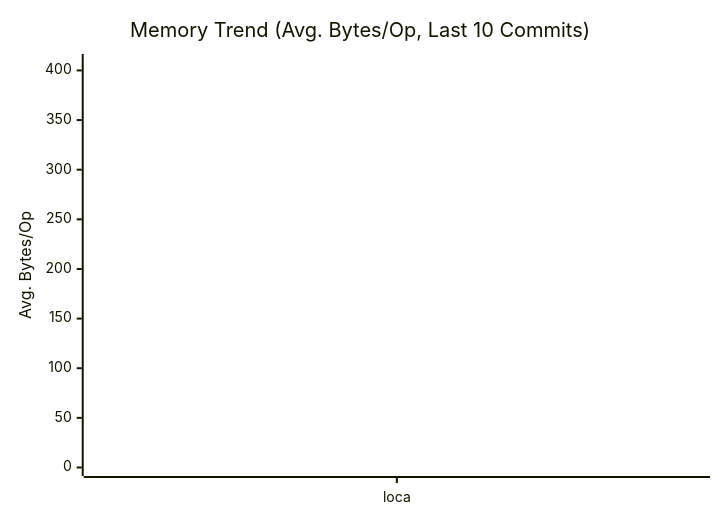
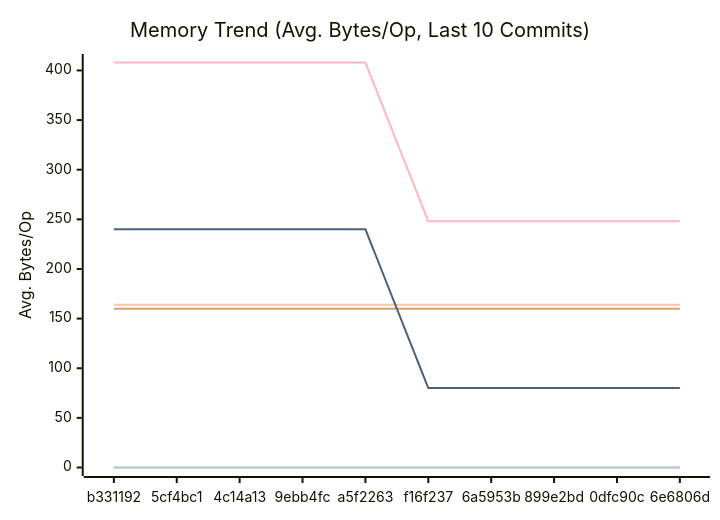
One commit to alsotoes/momo changed the second of 3 diagrams in docs/PERFORMANCE.md. Above: the diagram before and after it, drawn with Mermaid. The commit also changed other lines of this file and 14 other files, not shown here.

````diff
--- a/docs/PERFORMANCE.md
+++ b/docs/PERFORMANCE.md
@@ -97,16 +97,16 @@
 ```mermaid
 xychart-beta
     title "Memory Trend (Avg. Bytes/Op, Last 10 Commits)"
     x-axis "Commit"
     y-axis "Avg. Bytes/Op"
-    x-axis [loca]
+    x-axis [b331192,5cf4bc1,4c14a13,9ebb4fc,a5f2263,f16f237,6a5953b,899e2bd,0dfc90c,6e6806d]
     line "CheckMetricsAndSwap" [0,0,0,0,0,0,0,0,0,0]
     line "CrushOptimized" [0,0,0,0,0,0,0,0,0,0]
     line "CrushOriginal" [164,164,164,164,164,164,164,164,164,164]
     line "IndexDirectTracking" [0,0,0,0,0,0,0,0,0,0]
     line "IndexSearch" [0,0,0,0,0,0,0,0,0,0]
     line "LoadGlobalConfig" [160,160,160,160,160,160,160,160,160,160]
     line "PadString" [0,0,0,0,0,0,0,0,0,0]
     line "ParseReplicationOrder_NoPrealloc" [408,408,408,408,408,248,248,248,248,248]
     line "ParseReplicationOrder_Prealloc" [240,240,240,240,240,80,80,80,80,80]
 ```
````
